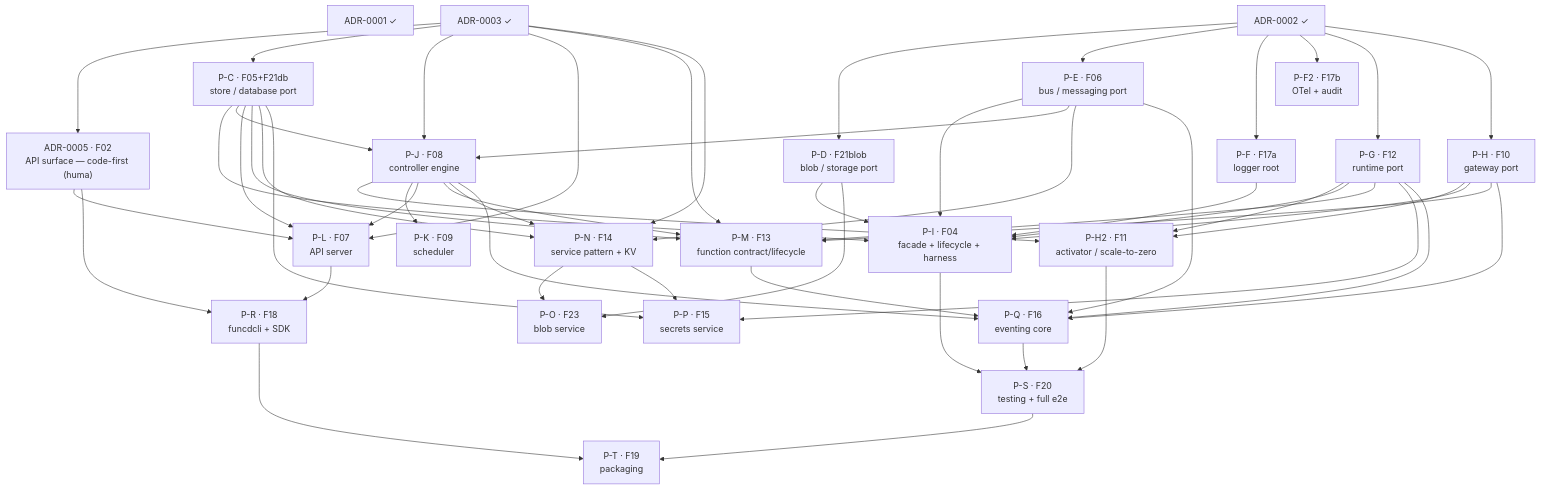
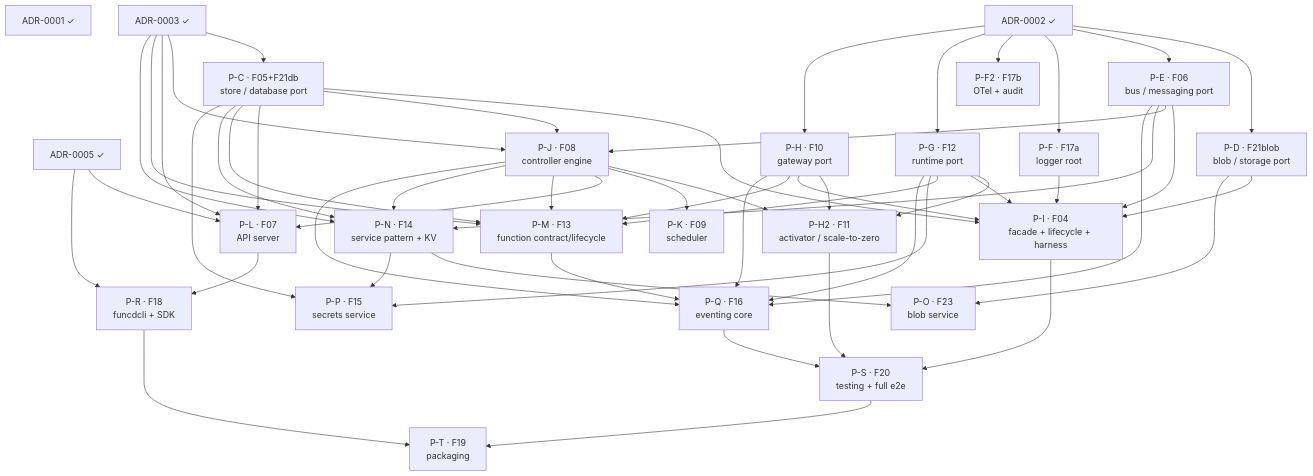
Before and after one commit to pyvvo/funcd: the diagram in docs/roadmap/v1-delivery-plan.md, drawn with Mermaid. The commit also changed other lines of this file and 1 other file, not shown here.

Commit message:
chore: update V1 delivery plan and plan JSON to include ADR-0005 implementation

````diff
--- a/docs/roadmap/v1-delivery-plan.md
+++ b/docs/roadmap/v1-delivery-plan.md
@@ -89,79 +89,78 @@
 ```mermaid
 flowchart TB
     ADR_0001["ADR-0001 ✓"]
     ADR_0002["ADR-0002 ✓"]
     ADR_0003["ADR-0003 ✓"]
-    ADR_0005["ADR-0005 · F02<br/>API surface — code-first (huma)"]
+    ADR_0005["ADR-0005 ✓"]
     P_C["P-C · F05+F21db<br/>store / database port"]
     P_D["P-D · F21blob<br/>blob / storage port"]
     P_E["P-E · F06<br/>bus / messaging port"]
     P_F["P-F · F17a<br/>logger root"]
     P_F2["P-F2 · F17b<br/>OTel + audit"]
     P_G["P-G · F12<br/>runtime port"]
     P_H["P-H · F10<br/>gateway port"]
     P_H2["P-H2 · F11<br/>activator / scale-to-zero"]
     P_I["P-I · F04<br/>facade + lifecycle + harness"]
     P_J["P-J · F08<br/>controller engine"]
     P_K["P-K · F09<br/>scheduler"]
     P_L["P-L · F07<br/>API server"]
     P_M["P-M · F13<br/>function contract/lifecycle"]
     P_N["P-N · F14<br/>service pattern + KV"]
     P_O["P-O · F23<br/>blob service"]
     P_P["P-P · F15<br/>secrets service"]
     P_Q["P-Q · F16<br/>eventing core"]
     P_R["P-R · F18<br/>funcdcli + SDK"]
     P_S["P-S · F20<br/>testing + full e2e"]
     P_T["P-T · F19<br/>packaging"]
 
-    ADR_0003 --> ADR_0005
     ADR_0003 --> P_C
     ADR_0002 --> P_D
     ADR_0002 --> P_E
     ADR_0002 --> P_F
     ADR_0002 --> P_F2
     ADR_0002 --> P_G
     ADR_0002 --> P_H
     P_H --> P_H2
     P_G --> P_H2
     P_J --> P_H2
     P_C --> P_I
     P_D --> P_I
     P_E --> P_I
     P_F --> P_I
     P_G --> P_I
     P_H --> P_I
     ADR_0003 --> P_J
     P_C --> P_J
     P_E --> P_J
     P_J --> P_K
     ADR_0005 --> P_L
     ADR_0003 --> P_L
     P_C --> P_L
     P_J --> P_L
     P_G --> P_M
     P_H --> P_M
     ADR_0003 --> P_M
     P_C --> P_M
     P_J --> P_M
     P_E --> P_N
     P_C --> P_N
     P_J --> P_N
     ADR_0003 --> P_N
     P_D --> P_O
     P_N --> P_O
     P_C --> P_P
     P_N --> P_P
     P_G --> P_P
     P_E --> P_Q
     P_H --> P_Q
     P_G --> P_Q
     P_M --> P_Q
     P_J --> P_Q
     ADR_0005 --> P_R
     P_L --> P_R
     P_I --> P_S
     P_Q --> P_S
     P_H2 --> P_S
     P_R --> P_T
     P_S --> P_T
 ```
````
